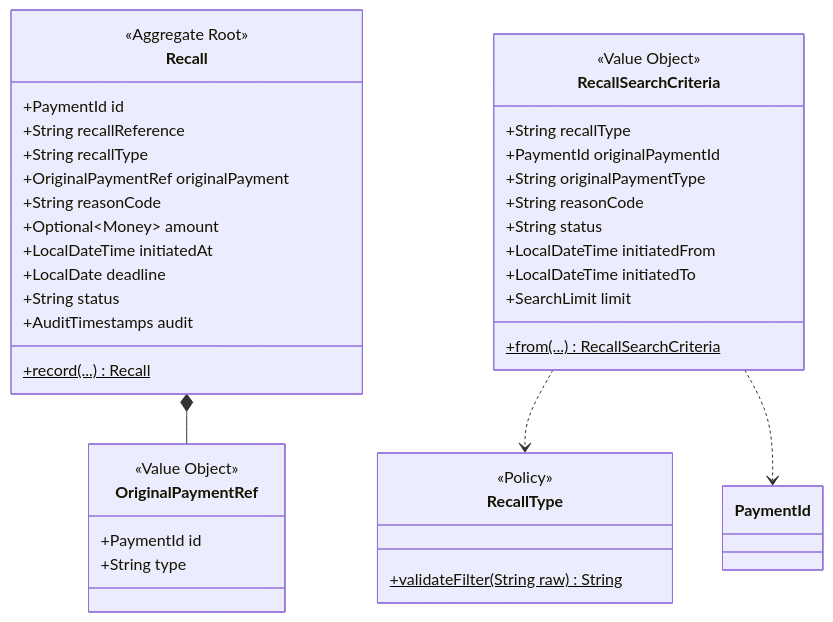
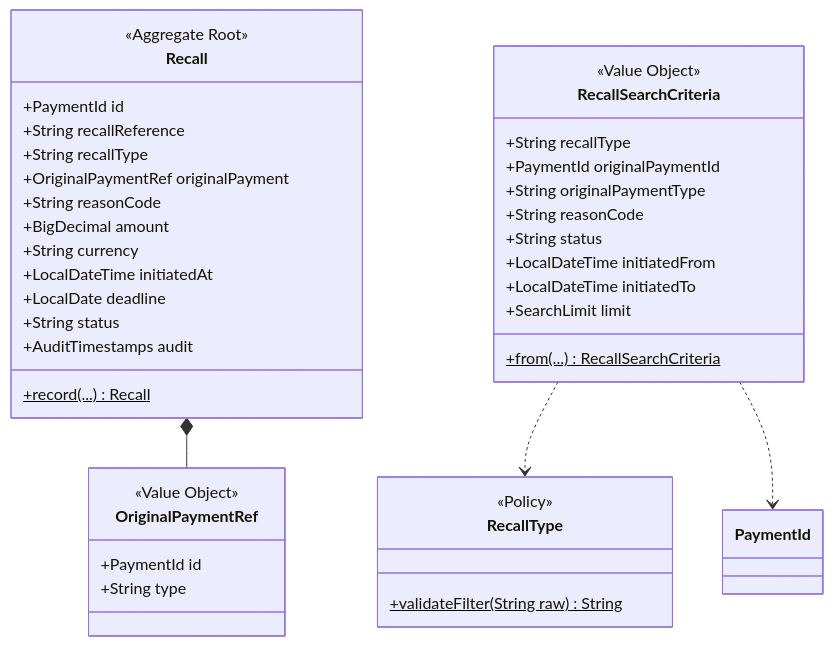
The fourth of 5 diagrams in realistic-mess-based-on-jpa-entities-challenge/isolated-domain-design.md (kevin-llps/payments-hexagonal-architecture-migration-challenge), drawn with Mermaid before and after one commit. The commit also changed other lines of this file and 38 other files, not shown here.

First line of the commit message:
feat(jpa): migrate recall context to hexagonal architecture

````diff
--- a/realistic-mess-based-on-jpa-entities-challenge/isolated-domain-design.md
+++ b/realistic-mess-based-on-jpa-entities-challenge/isolated-domain-design.md
@@ -356,41 +359,42 @@
 ```mermaid
 classDiagram
     class Recall {
         <<Aggregate Root>>
         +PaymentId id
         +String recallReference
         +String recallType
         +OriginalPaymentRef originalPayment
         +String reasonCode
-        +Optional~Money~ amount
+        +BigDecimal amount
+        +String currency
         +LocalDateTime initiatedAt
         +LocalDate deadline
         +String status
         +AuditTimestamps audit
         +record(...)$ Recall
     }
     class OriginalPaymentRef {
         <<Value Object>>
         +PaymentId id
         +String type
     }
     class RecallType {
         <<Policy>>
         +validateFilter(String raw)$ String
     }
     class RecallSearchCriteria {
         <<Value Object>>
         +String recallType
         +PaymentId originalPaymentId
         +String originalPaymentType
         +String reasonCode
         +String status
         +LocalDateTime initiatedFrom
         +LocalDateTime initiatedTo
         +SearchLimit limit
         +from(...)$ RecallSearchCriteria
     }
     Recall *-- OriginalPaymentRef
     RecallSearchCriteria ..> RecallType
     RecallSearchCriteria ..> PaymentId
 ```
````
